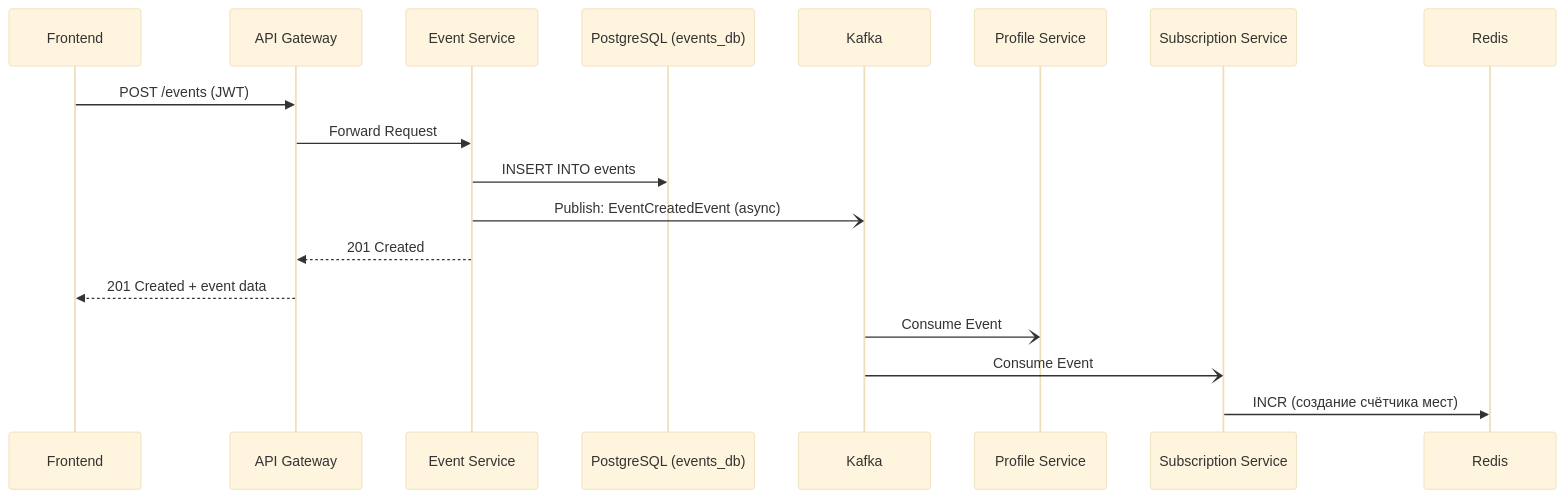
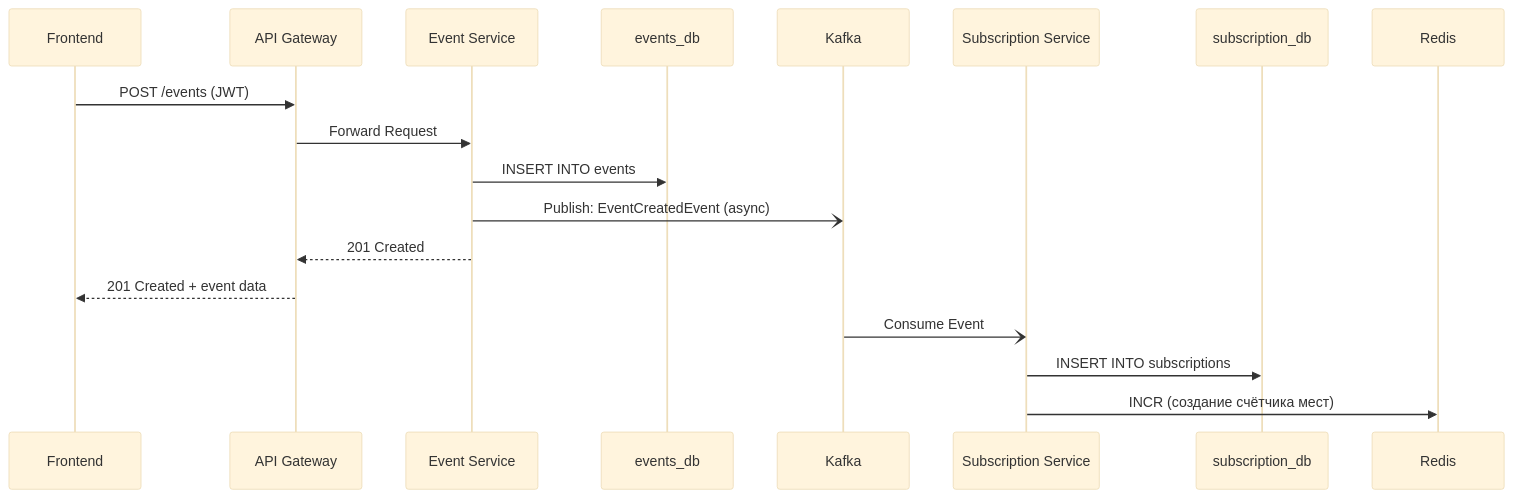
Before and after one commit to NewRecon/sport-point-api: the third of 6 diagrams in README.md, drawn with Mermaid (base theme). The commit also changed other lines of this file and 31 other files, not shown here.

````diff
--- a/README.md
+++ b/README.md
@@ -181,21 +173,21 @@
 ```mermaid
 sequenceDiagram
     participant C as Frontend
     participant GW as API Gateway
     participant ES as Event Service
-    participant DB as PostgreSQL (events_db)
+    participant DB as events_db
     participant K as Kafka
-    participant PS as Profile Service
     participant SS as Subscription Service
+    participant DB2 as subscription_db
     participant R as Redis
 
     C->>GW: POST /events (JWT)
     GW->>ES: Forward Request
     ES->>DB: INSERT INTO events
     ES-)K: Publish: EventCreatedEvent (async)
     ES-->>GW: 201 Created
     GW-->>C: 201 Created + event data
-    K-)PS: Consume Event
     K-)SS: Consume Event
+    SS->>DB2: INSERT INTO subscriptions
     SS->>R: INCR (создание счётчика мест)
 ```
````
